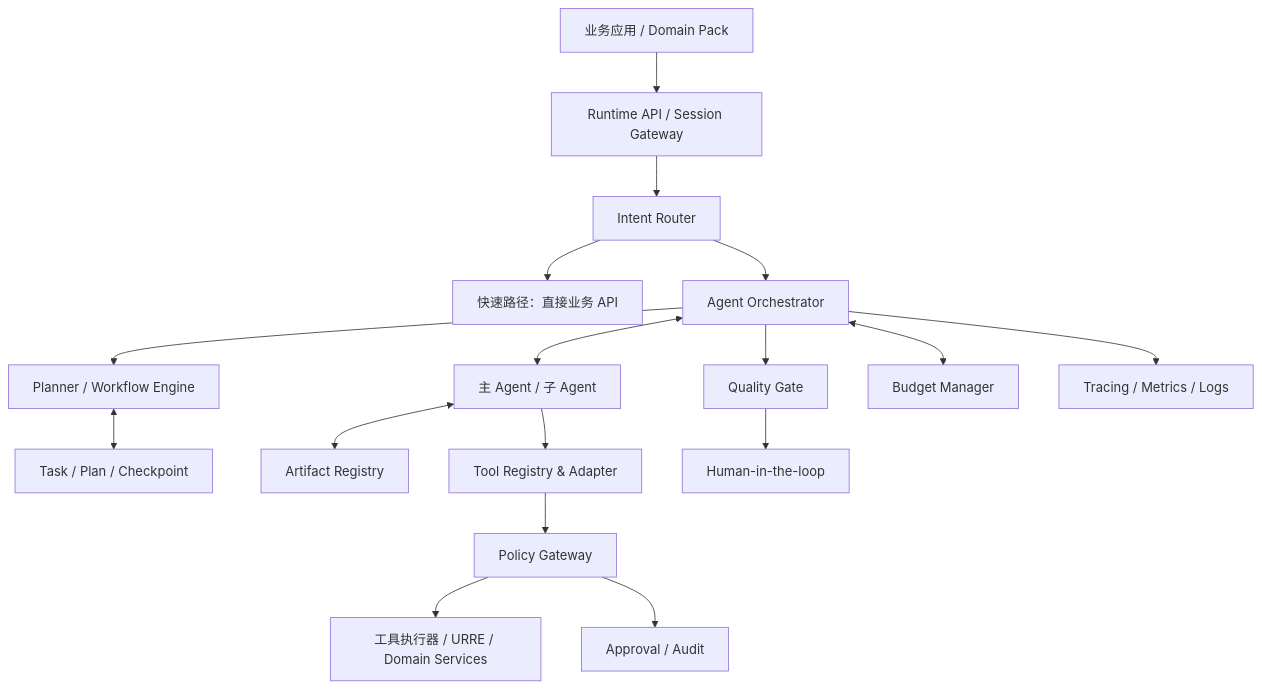
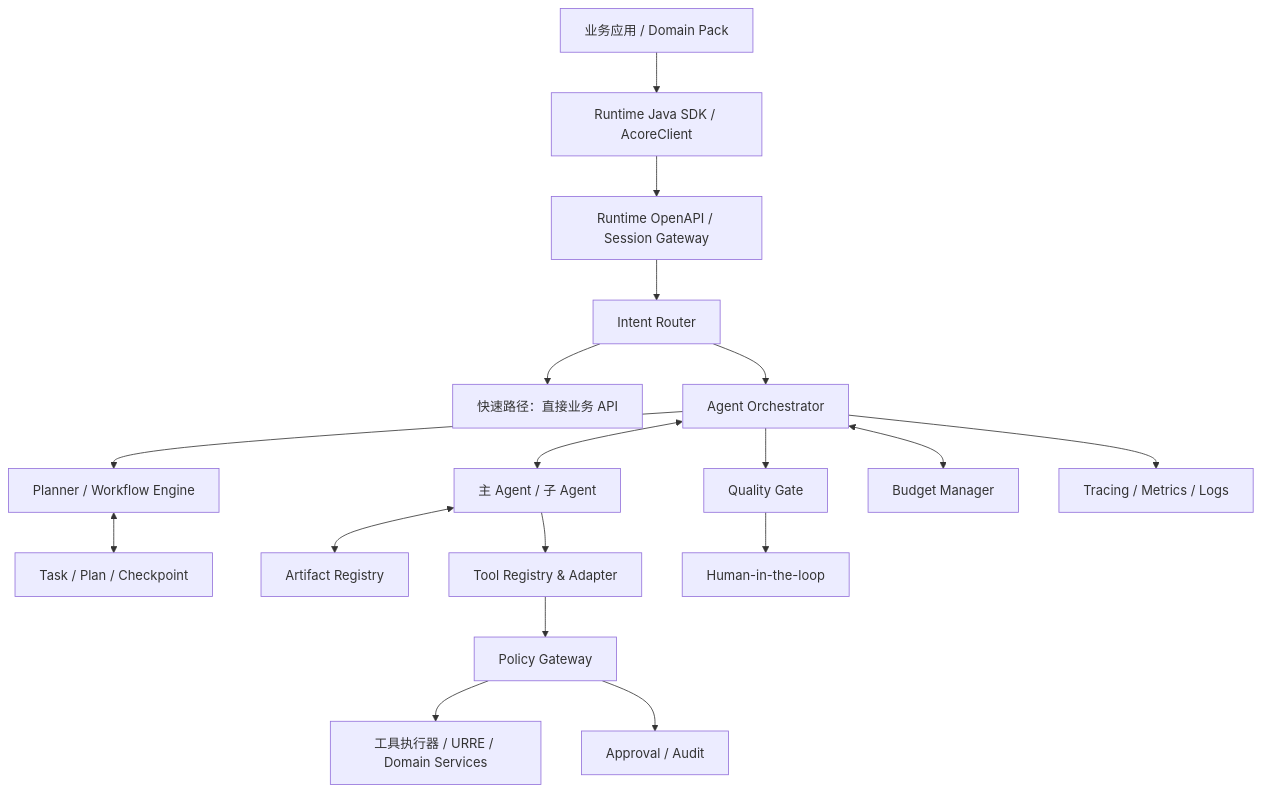
Before and after one commit to human-cosmos/search-rec-docs: the first of 5 diagrams in 02_AgentRuntime架构设计.md, drawn with Mermaid. The commit also changed other lines of this file and 14 other files, not shown here.

````diff
--- a/02_AgentRuntime架构设计.md
+++ b/02_AgentRuntime架构设计.md
@@ -26,19 +34,20 @@
 ```mermaid
 flowchart TB
-  APP[业务应用 / Domain Pack] --> GATE[Runtime API / Session Gateway]
+  APP[业务应用 / Domain Pack] --> SDK[Runtime Java SDK / AcoreClient]
+  SDK --> GATE[Runtime OpenAPI / Session Gateway]
   GATE --> ROUTER[Intent Router]
   ROUTER --> FAST[快速路径：直接业务 API]
   ROUTER --> ORCH[Agent Orchestrator]
   ORCH --> PLAN[Planner / Workflow Engine]
   ORCH <--> AGENTS[主 Agent / 子 Agent]
   PLAN <--> STATE[Task / Plan / Checkpoint]
   AGENTS <--> ART[Artifact Registry]
   AGENTS --> TOOLREG[Tool Registry & Adapter]
   TOOLREG --> POLICY[Policy Gateway]
   POLICY --> EXEC[工具执行器 / URRE / Domain Services]
   POLICY --> AUDIT[Approval / Audit]
   ORCH --> QUALITY[Quality Gate]
   QUALITY --> HUMAN[Human-in-the-loop]
   ORCH <--> BUDGET[Budget Manager]
   ORCH --> OBS[Tracing / Metrics / Logs]
 ```
````
